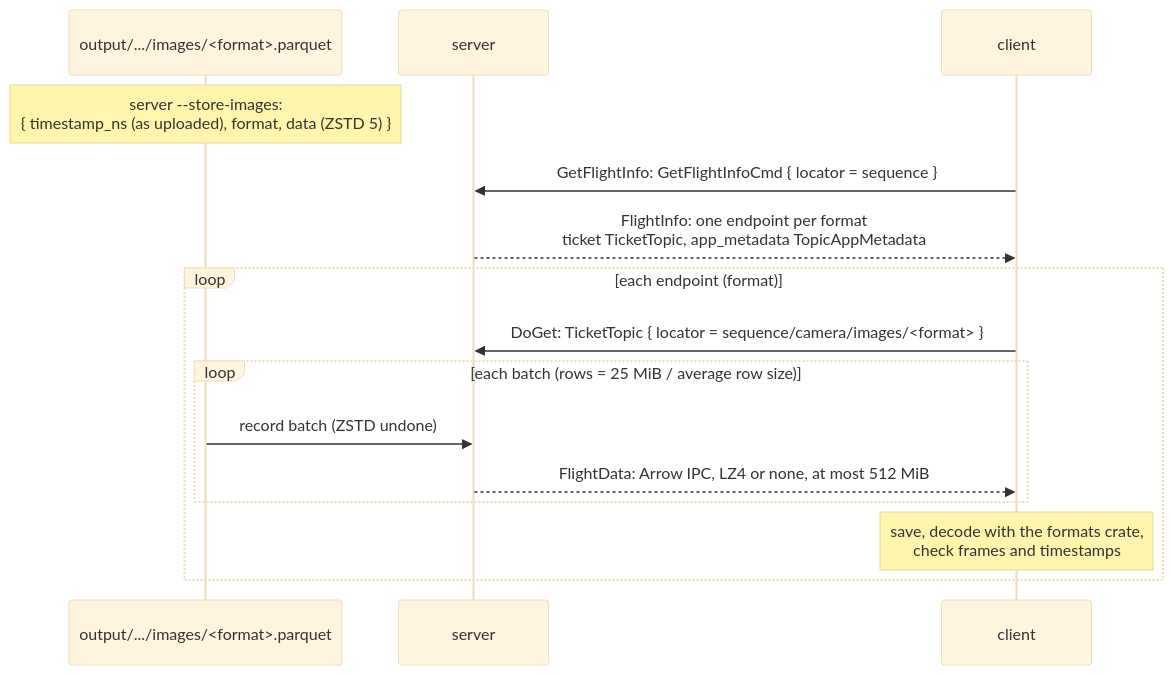
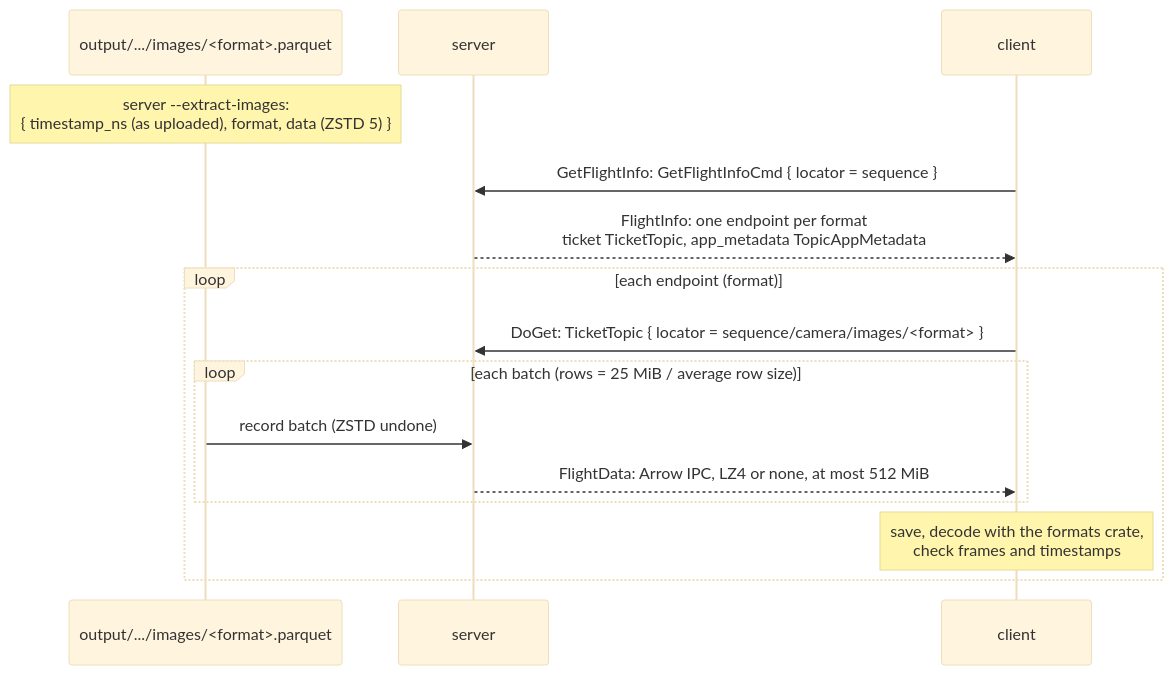
One commit to mosaico-labs/video-pocs changed the second of 2 diagrams in image-sequence/README.md. Above: the diagram before and after it, drawn with Mermaid (base theme). The commit also changed other lines of this file and 6 other files, not shown here.

Commit message:
image-sequence: remove a redundant server parameter

````diff
--- a/image-sequence/README.md
+++ b/image-sequence/README.md
@@ -548,18 +547,18 @@
 ```mermaid
 sequenceDiagram
     participant P as output/.../images/<format>.parquet
     participant S as server
     participant C as client
 
-    Note over P: server --store-images:<br/>{ timestamp_ns (as uploaded), format, data (ZSTD 5) }
+    Note over P: server --extract-images:<br/>{ timestamp_ns (as uploaded), format, data (ZSTD 5) }
     C->>S: GetFlightInfo: GetFlightInfoCmd { locator = sequence }
     S-->>C: FlightInfo: one endpoint per format<br/>ticket TicketTopic, app_metadata TopicAppMetadata
     loop each endpoint (format)
         C->>S: DoGet: TicketTopic { locator = sequence/camera/images/<format> }
         loop each batch (rows = 25 MiB / average row size)
             P->>S: record batch (ZSTD undone)
             S-->>C: FlightData: Arrow IPC, LZ4 or none, at most 512 MiB
         end
         Note over C: save, decode with the formats crate,<br/>check frames and timestamps
     end
 ```
````
